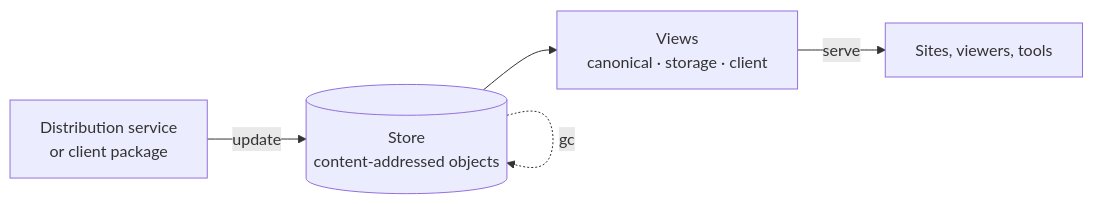
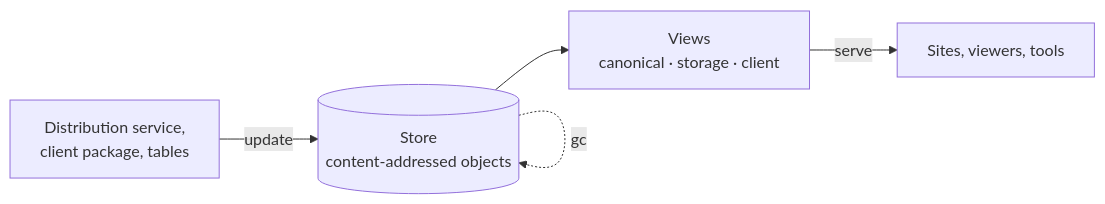
One commit to StarMoe-org/sekai-exporter changed the diagram in README.md. Above: the diagram before and after it, drawn with Mermaid. The commit also changed other lines of this file and 1 other file, not shown here.

````diff
--- a/README.md
+++ b/README.md
@@ -40,7 +99,7 @@
 ```mermaid
 flowchart LR
-    source["Distribution service<br/>or client package"] -->|update| store[("Store<br/>content-addressed objects")]
+    source["Distribution service,<br/>client package, tables"] -->|update| store[("Store<br/>content-addressed objects")]
     store --> views["Views<br/>canonical · storage · client"]
     views -->|serve| readers["Sites, viewers, tools"]
     store -.->|gc| store
 ```
````
